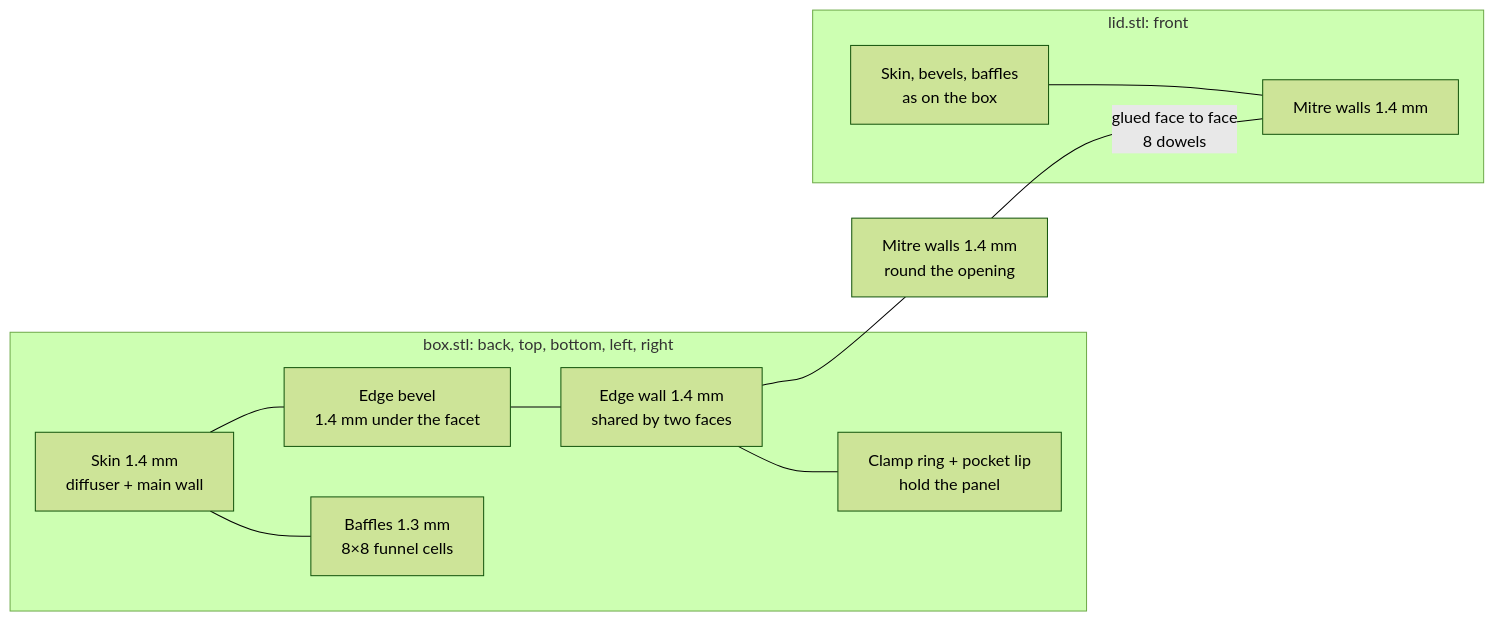
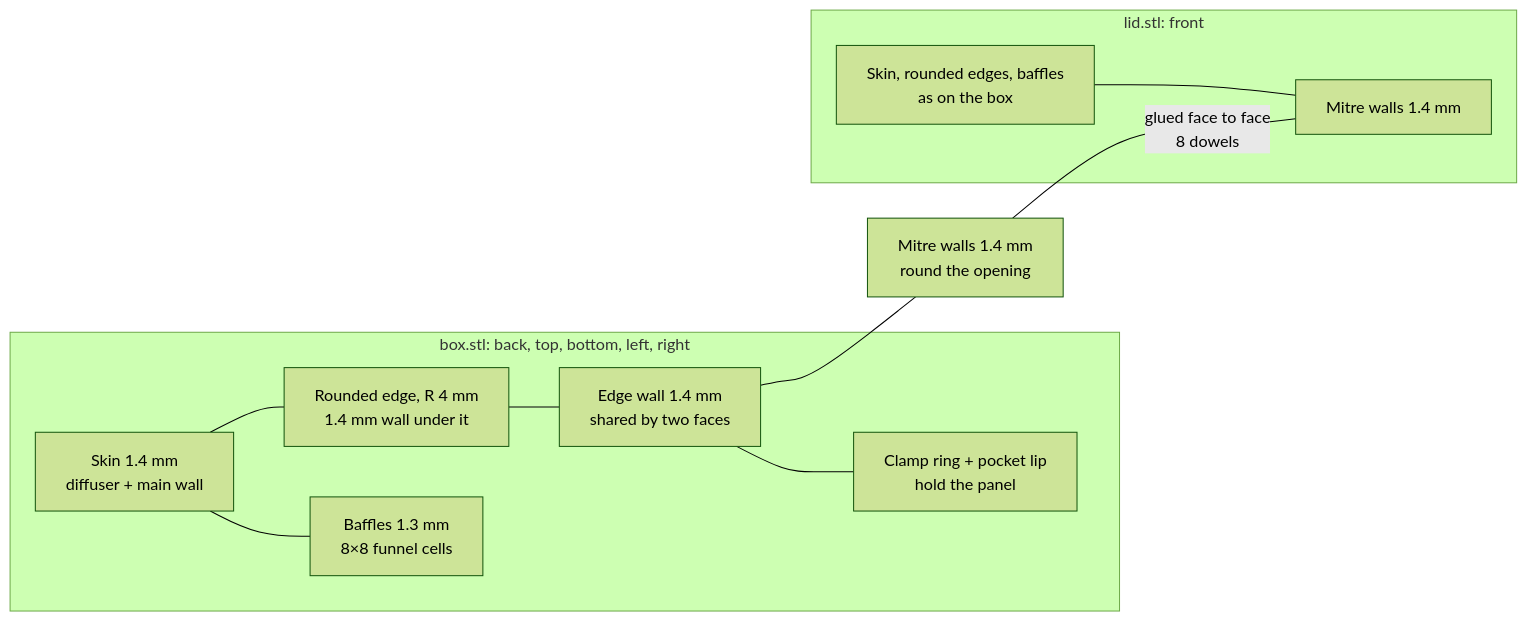
One commit to psytraxx/gravity-cube-espidf changed the diagram in case/voxel-skin/README.md. Above: the diagram before and after it, drawn with Mermaid (forest theme). The commit also changed other lines of this file and 11 other files, not shown here.

First line of the commit message:
Round the Voxel Skin edges and bend the baffles at constant thickness

````diff
--- a/case/voxel-skin/README.md
+++ b/case/voxel-skin/README.md
@@ -19,14 +19,14 @@
 ```mermaid
 flowchart LR
     subgraph box["box.stl: back, top, bottom, left, right"]
-        skin["Skin 1.4 mm<br/>diffuser + main wall"] --- bevel["Edge bevel<br/>1.4 mm under the facet"]
+        skin["Skin 1.4 mm<br/>diffuser + main wall"] --- bevel["Rounded edge, R 4 mm<br/>1.4 mm wall under it"]
         bevel --- edge["Edge wall 1.4 mm<br/>shared by two faces"]
         skin --- baffles["Baffles 1.3 mm<br/>8×8 funnel cells"]
         edge --- ring["Clamp ring + pocket lip<br/>hold the panel"]
     end
     subgraph lid["lid.stl: front"]
-        lskin["Skin, bevels, baffles<br/>as on the box"] --- lmitre["Mitre walls 1.4 mm"]
+        lskin["Skin, rounded edges, baffles<br/>as on the box"] --- lmitre["Mitre walls 1.4 mm"]
     end
     edge --- bmitre["Mitre walls 1.4 mm<br/>round the opening"]
     bmitre ---|"glued face to face<br/>8 dowels"| lmitre
 ```
````
